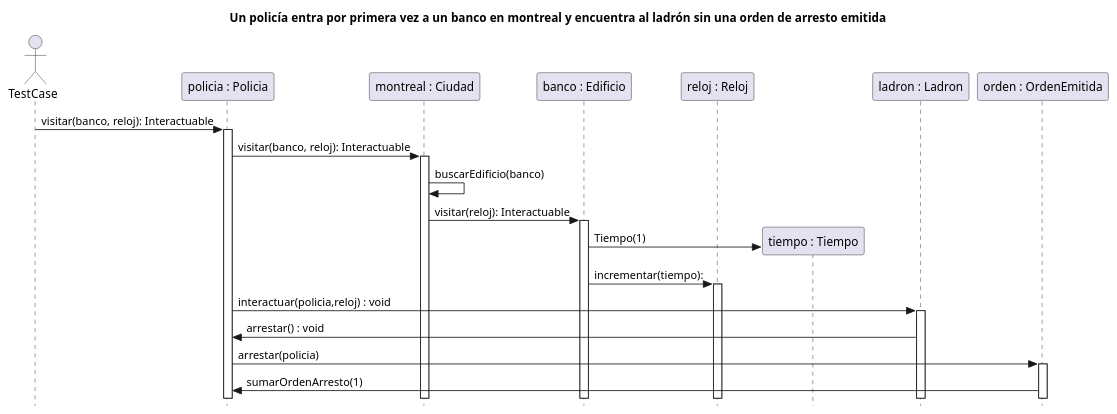
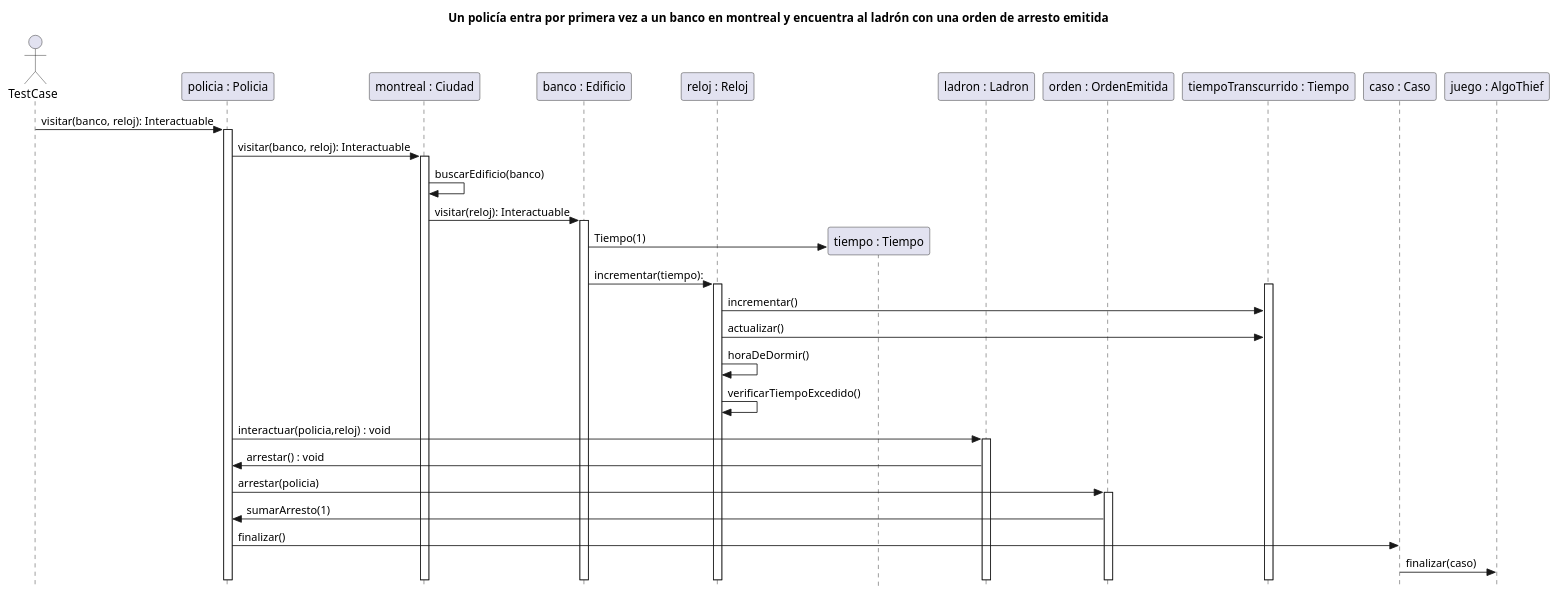
Before and after one commit to martinanus/algo3_tp2: the diagram in diagrams/sequences/PoliciaEncuentraAlLadronConUnaOrdenDeArrestoEmitida.puml, drawn with PlantUML. The commit also changed 4 other files, not shown here.

Commit message:
Se avanzan diagramas de secuencias

```diff
--- a/diagrams/sequences/PoliciaEncuentraAlLadronConUnaOrdenDeArrestoEmitida.puml
+++ b/diagrams/sequences/PoliciaEncuentraAlLadronConUnaOrdenDeArrestoEmitida.puml
@@ -1,30 +1,41 @@
 @startuml
 skinparam style strictuml
-title:  Un policía entra por primera vez a un banco en montreal y encuentra al ladrón sin una orden de arresto emitida
+title:  Un policía entra por primera vez a un banco en montreal y encuentra al ladrón con una orden de arresto emitida
 actor TestCase
 
 participant "policia : Policia" as policia
 participant "montreal : Ciudad" as ciudad
 participant "banco : Edificio" as banco
 participant "reloj : Reloj" as reloj
 participant "tiempo : Tiempo" as tiempo
 participant "ladron : Ladron" as ladron
 participant "orden : OrdenEmitida" as ordenArresto
+participant "tiempoTranscurrido : Tiempo" as tiempoTranscurrido
+participant "caso : Caso" as caso
+participant "juego : AlgoThief" as juego
 
 TestCase -> policia: visitar(banco, reloj): Interactuable
 activate policia
 policia -> ciudad: visitar(banco, reloj): Interactuable
 activate ciudad
 ciudad -> ciudad: buscarEdificio(banco)
 ciudad -> banco: visitar(reloj): Interactuable
 activate banco
 banco -> tiempo ** : Tiempo(1)
 banco -> reloj: incrementar(tiempo):
 activate reloj
+activate tiempoTranscurrido
+reloj -> tiempoTranscurrido:incrementar()
+reloj -> tiempoTranscurrido:actualizar()
+reloj -> reloj:horaDeDormir()
+reloj -> reloj: verificarTiempoExcedido()
 policia -> ladron : interactuar(policia,reloj) : void
 activate ladron
 ladron -> policia : arrestar() : void
 policia -> ordenArresto : arrestar(policia)
 activate ordenArresto
-ordenArresto -> policia: sumarOrdenArresto(1)
+ordenArresto -> policia: sumarArresto(1)
+policia -> caso:finalizar()
+caso -> juego:finalizar(caso)
+
 @enduml
```
